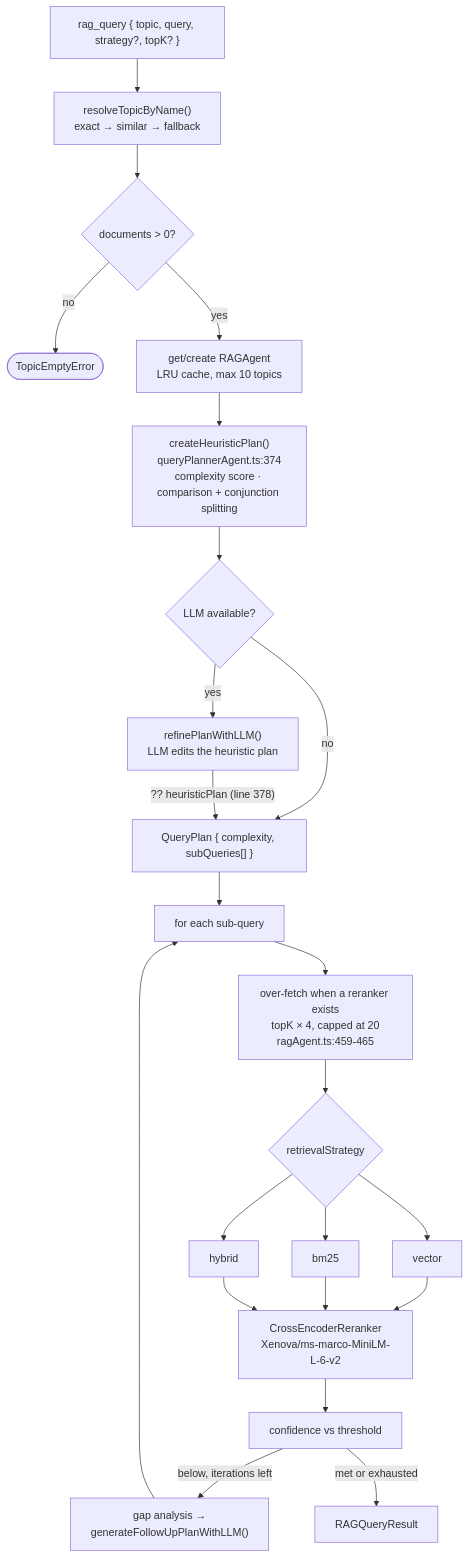
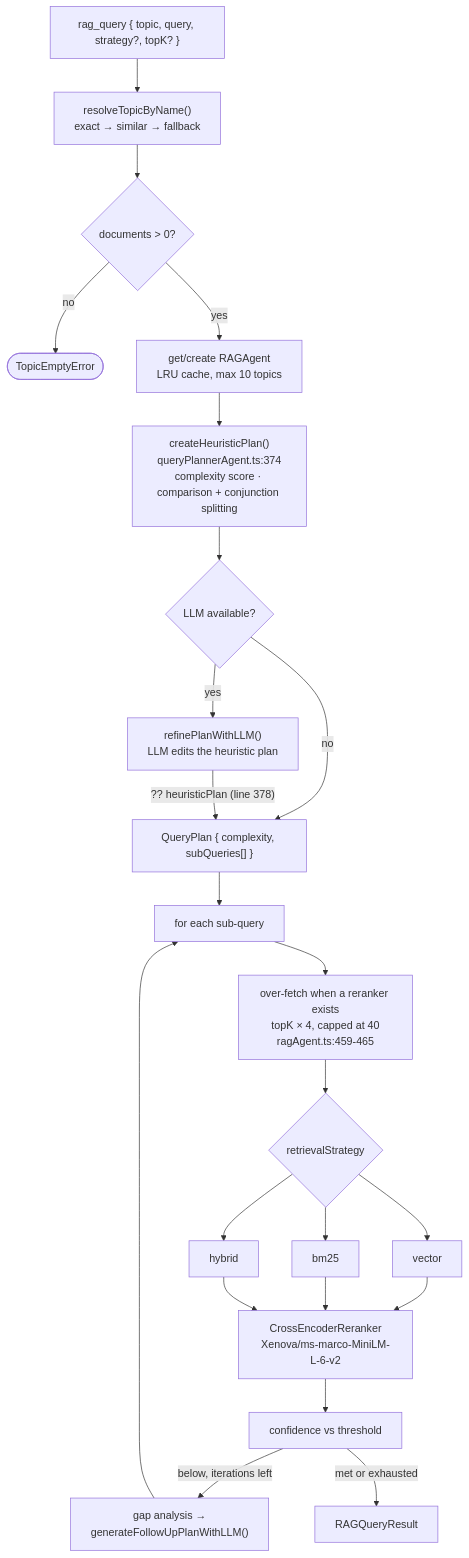
Before and after one commit to hyorman/RAGnarok: the third of 4 diagrams in docs/RETRIEVAL-PIPELINE.md, drawn with Mermaid. The commit also changed other lines of this file and 60 other files, not shown here.

````diff
--- a/docs/RETRIEVAL-PIPELINE.md
+++ b/docs/RETRIEVAL-PIPELINE.md
@@ -100,24 +100,24 @@
 ```mermaid
 flowchart TB
   Q["rag_query { topic, query, strategy?, topK? }"] --> RT["resolveTopicByName()<br/>exact → similar → fallback"]
   RT --> CHK{"documents > 0?"}
   CHK -->|no| ERR(["TopicEmptyError"])
   CHK -->|yes| AG["get/create RAGAgent<br/>LRU cache, max 10 topics"]
 
   AG --> PLAN["createHeuristicPlan()<br/>queryPlannerAgent.ts:374<br/>complexity score · comparison + conjunction splitting"]
   PLAN --> REF{"LLM available?"}
   REF -->|yes| LLMREF["refinePlanWithLLM()<br/>LLM edits the heuristic plan"]
   REF -->|no| USE
   LLMREF -->|"?? heuristicPlan (line 378)"| USE["QueryPlan { complexity, subQueries[] }"]
 
   USE --> LOOP["for each sub-query"]
-  LOOP --> OF["over-fetch when a reranker exists<br/>topK × 4, capped at 20<br/>ragAgent.ts:459-465"]
+  LOOP --> OF["over-fetch when a reranker exists<br/>topK × 4, capped at 40<br/>ragAgent.ts:459-465"]
   OF --> STRAT{"retrievalStrategy"}
   STRAT --> R1["vector"] & R2["bm25"] & R3["hybrid"]
 
   R1 & R2 & R3 --> RR["CrossEncoderReranker<br/>Xenova/ms-marco-MiniLM-L-6-v2"]
   RR --> EV["confidence vs threshold"]
   EV -->|"below, iterations left"| GAP["gap analysis →<br/>generateFollowUpPlanWithLLM()"]
   GAP --> LOOP
   EV -->|"met or exhausted"| OUT["RAGQueryResult"]
 ```
````
